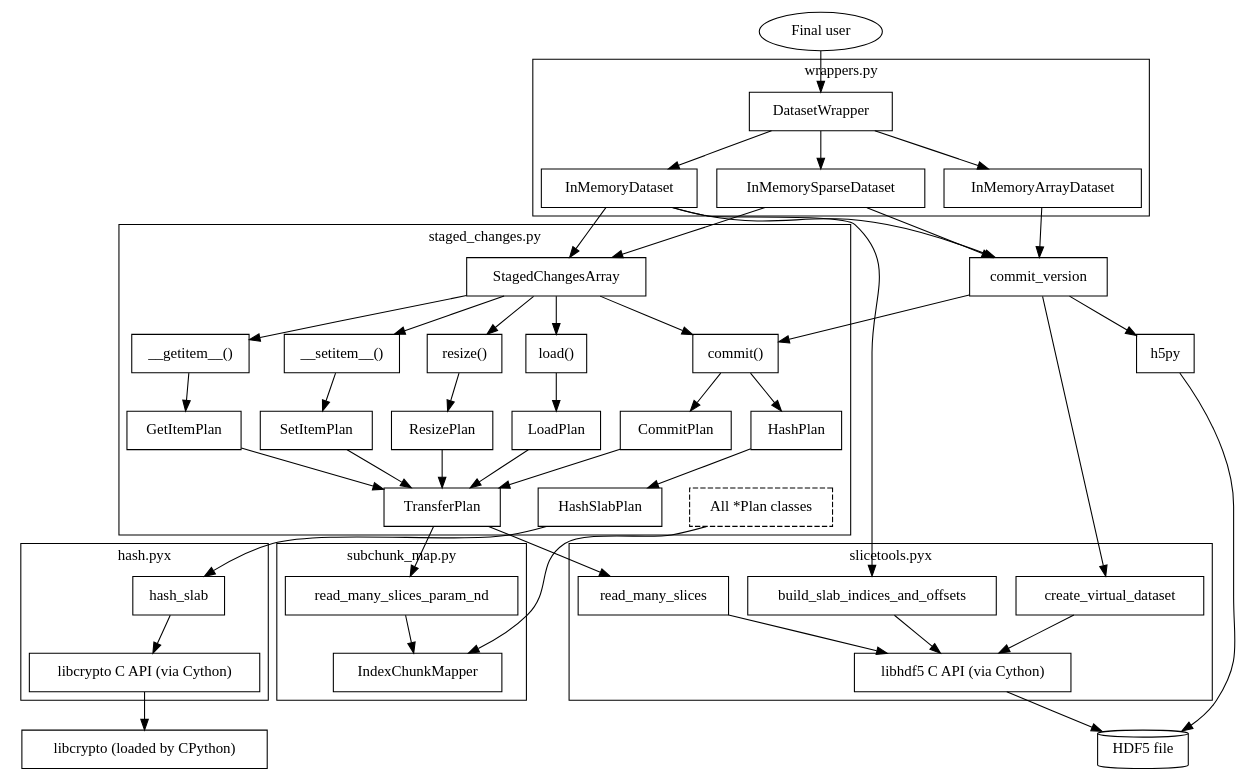
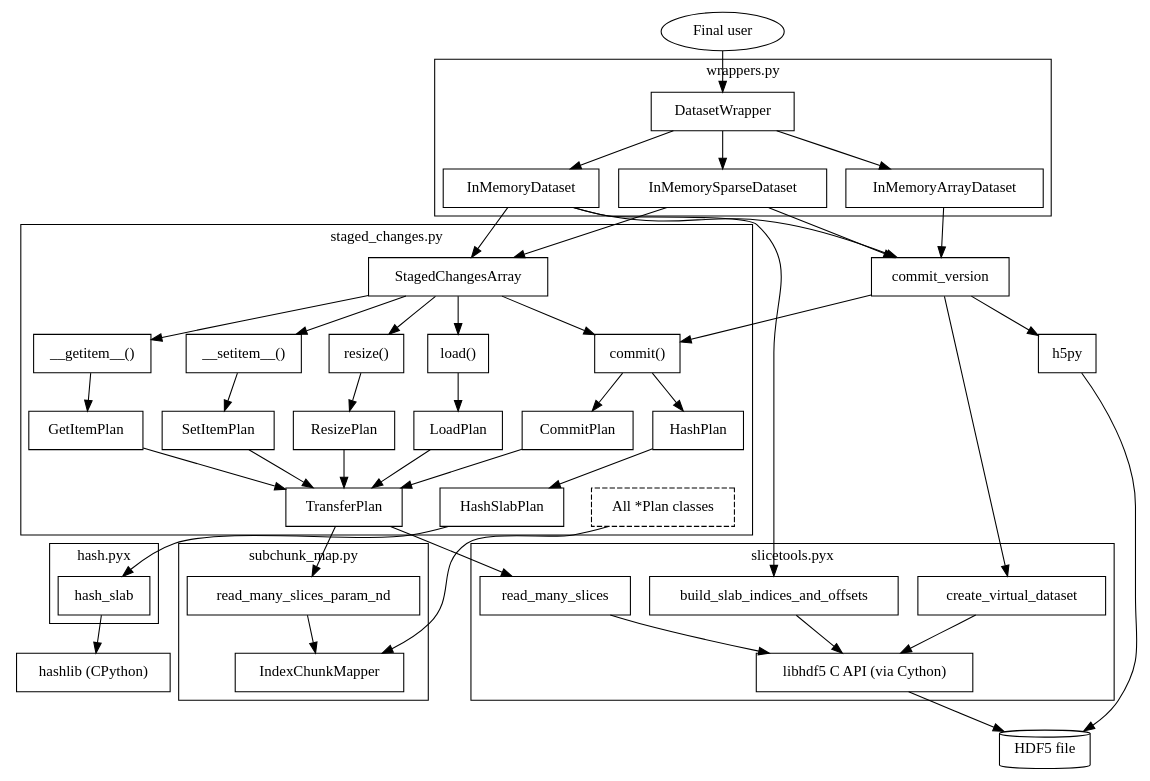
The diagram in docs/staged_changes.rst (deshaw/versioned-hdf5), drawn with Graphviz before and after one commit. The commit also changed 7 other files, not shown here.

Commit message:
Use libcrypto via hashlib

```diff
--- a/docs/staged_changes.rst
+++ b/docs/staged_changes.rst
@@ -562,11 +562,10 @@
       subgraph cluster_4 {
           label="hash.pyx";
           hash_slab;
-          libcrypto_api [label="libcrypto C API (via Cython)"]
       }
 
-      libcrypto [label="libcrypto (loaded by CPython)"];
-      hash_slab -> libcrypto_api -> libcrypto;
+      hashlib [label="hashlib (CPython)"];
+      hash_slab -> hashlib;
 
       user -> DatasetWrapper;
 
```
